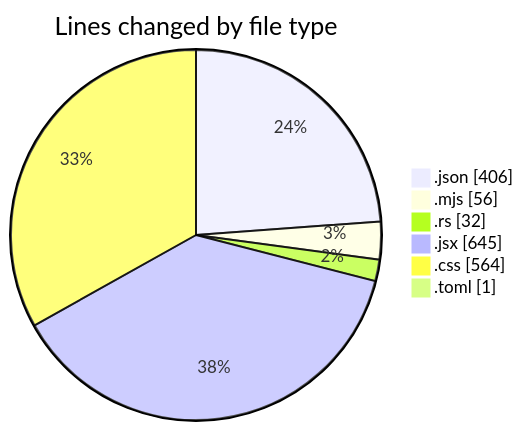
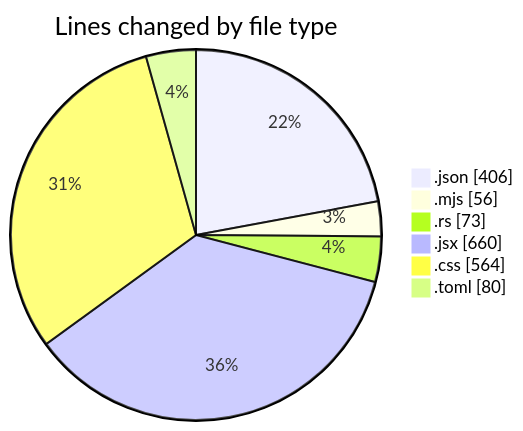
Before and after one commit to charlie-sans/code-tracking: the first of 2 diagrams in 2025-01-28/trollerboard/README.md, drawn with Mermaid. The commit also changed other lines of this file and 1 other file, not shown here.

````diff
--- a/2025-01-28/trollerboard/README.md
+++ b/2025-01-28/trollerboard/README.md
@@ -27,10 +29,10 @@
 ```mermaid
 pie showData
 title Lines changed by file type
 ".json" : 406
 ".mjs" : 56
-".rs" : 32
-".jsx" : 645
+".rs" : 73
+".jsx" : 660
 ".css" : 564
-".toml" : 1
+".toml" : 80
 ```
````
